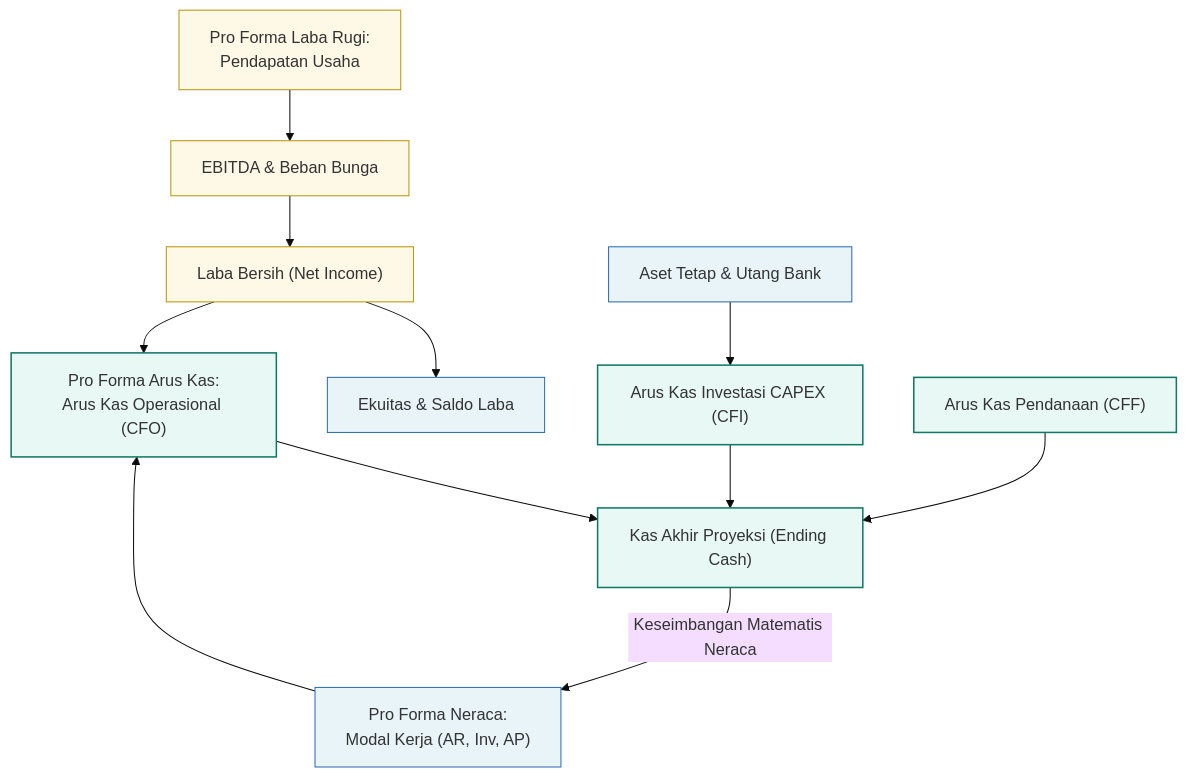
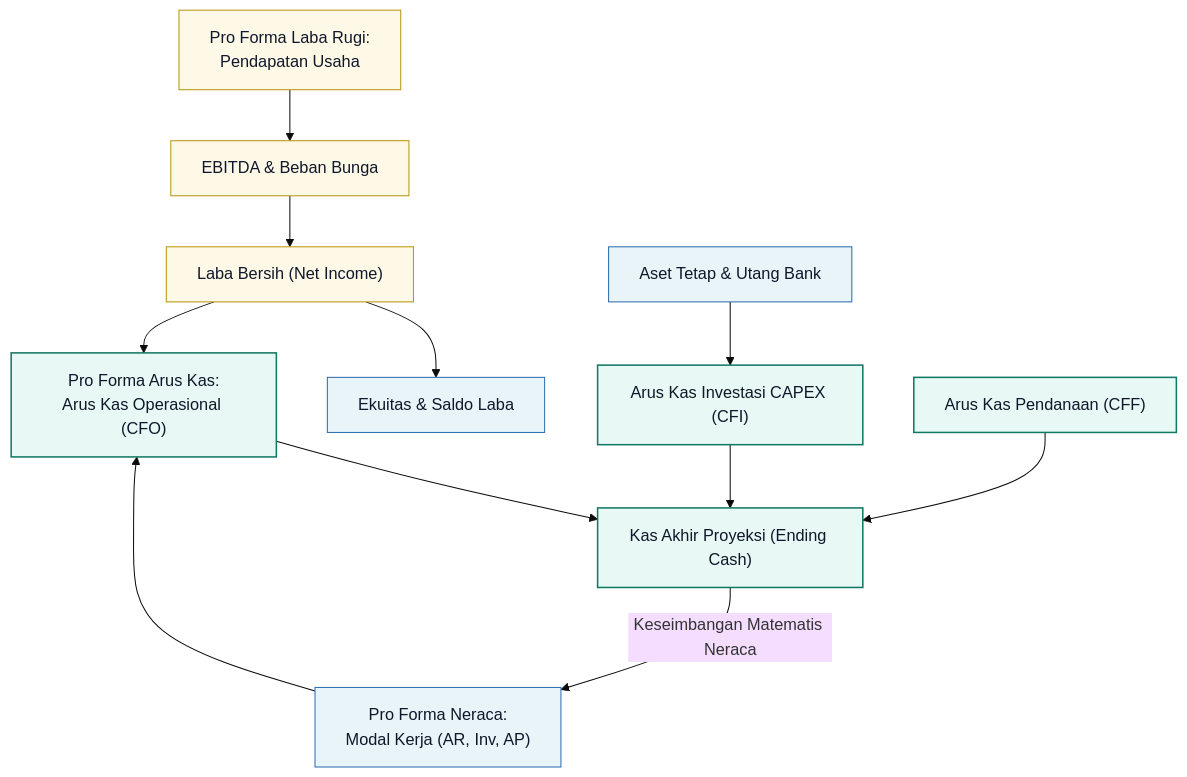
One commit to alimurrofid/erp-notes changed the third of 3 diagrams in content/07-finance/financial-planning.md. Above: the diagram before and after it, drawn with Mermaid (base theme). The commit also changed 15 other files, not shown here.

Commit message:
fix(content):Mermaid classDef darkmode text color

````diff
--- a/content/07-finance/financial-planning.md
+++ b/content/07-finance/financial-planning.md
@@ -98,33 +98,33 @@
 ```mermaid
 flowchart TD
     Rev["Pro Forma Laba Rugi:<br/>Pendapatan Usaha"]
     EBITDA["EBITDA & Beban Bunga"]
     NI["Laba Bersih (Net Income)"]
 
     WC["Pro Forma Neraca:<br/>Modal Kerja (AR, Inv, AP)"]
     Fixed["Aset Tetap & Utang Bank"]
     Equity["Ekuitas & Saldo Laba"]
 
     CFO["Pro Forma Arus Kas:<br/>Arus Kas Operasional (CFO)"]
     CFI["Arus Kas Investasi CAPEX (CFI)"]
     CFF["Arus Kas Pendanaan (CFF)"]
     EndCash["Kas Akhir Proyeksi (Ending Cash)"]
 
     Rev --> EBITDA --> NI
     NI --> Equity
     WC --> CFO
     NI --> CFO
     Fixed --> CFI
     CFO --> EndCash
     CFI --> EndCash
     CFF --> EndCash
     EndCash -->|"Keseimbangan Matematis Neraca"| WC
 
-    classDef pl fill:#fef9e7,stroke:#b7950b,stroke-width:1px;
-    classDef bs fill:#e8f4f8,stroke:#2b6cb0,stroke-width:1px;
-    classDef cf fill:#e8f8f5,stroke:#117864,stroke-width:1.5px;
+    classDef pl fill:#fef9e7,stroke:#b7950b,stroke-width:1px,color:#0f172a;
+    classDef bs fill:#e8f4f8,stroke:#2b6cb0,stroke-width:1px,color:#0f172a;
+    classDef cf fill:#e8f8f5,stroke:#117864,stroke-width:1.5px,color:#0f172a;
 
     class Rev,EBITDA,NI pl;
     class WC,Fixed,Equity bs;
     class CFO,CFI,CFF,EndCash cf;
 ```
````
